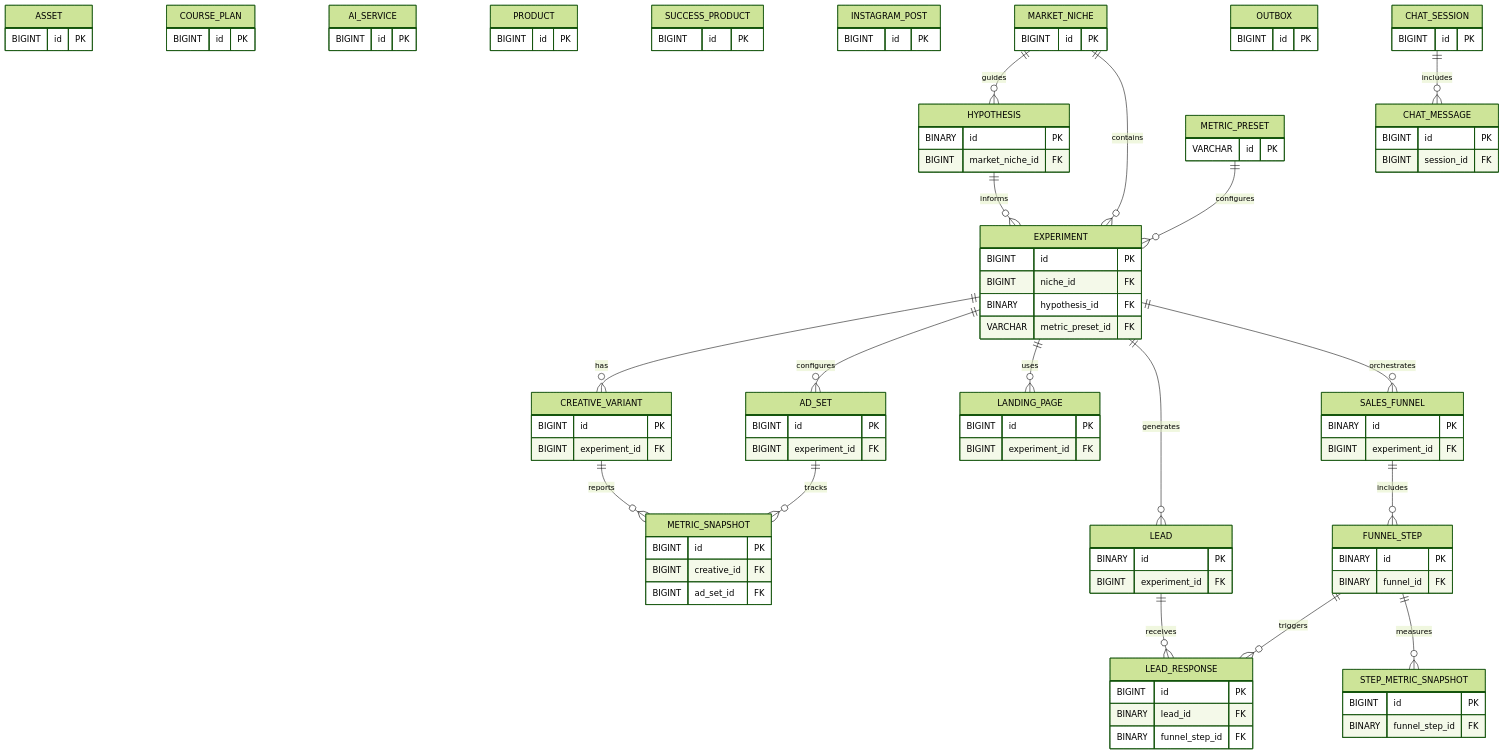
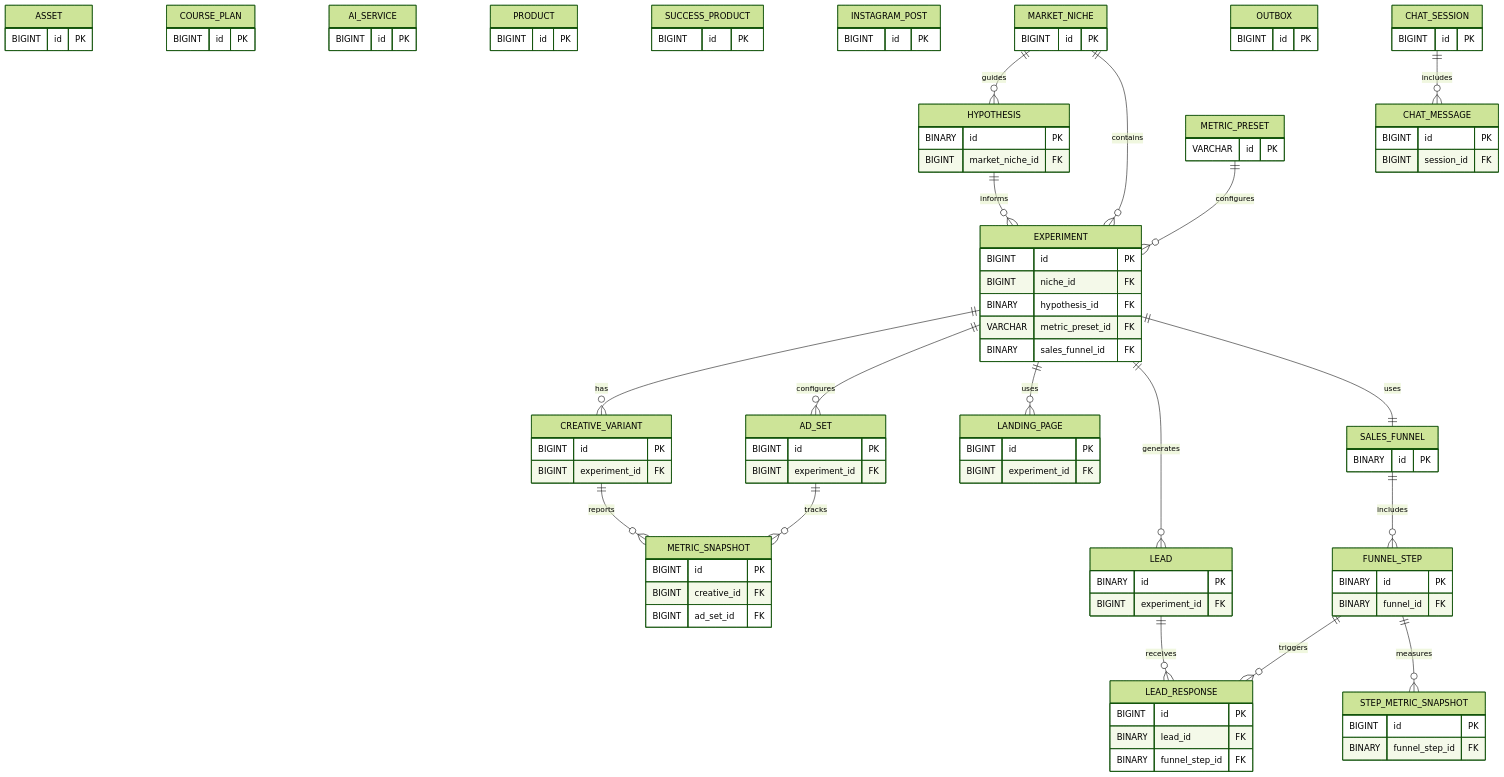
The diagram in docs/data-model.md (paulofor/marketing-hub), drawn with Mermaid (forest theme) before and after one commit. The commit also changed other lines of this file and 10 other files, not shown here.

Commit message:
refactor: link experiments to sales funnel

```diff
--- a/docs/data-model.md
+++ b/docs/data-model.md
@@ -317,6 +317,7 @@
         BIGINT niche_id FK
         BINARY hypothesis_id FK
         VARCHAR metric_preset_id FK
+        BINARY sales_funnel_id FK
     }
     CREATIVE_VARIANT {
         BIGINT id PK
@@ -351,7 +352,6 @@
     }
     SALES_FUNNEL {
         BINARY id PK
-        BIGINT experiment_id FK
     }
     FUNNEL_STEP {
         BINARY id PK
@@ -377,7 +377,7 @@
     EXPERIMENT ||--o{ AD_SET : configures
     EXPERIMENT ||--o{ LANDING_PAGE : uses
     EXPERIMENT ||--o{ LEAD : generates
-    EXPERIMENT ||--o{ SALES_FUNNEL : orchestrates
+    EXPERIMENT ||--|| SALES_FUNNEL : uses
     SALES_FUNNEL ||--o{ FUNNEL_STEP : includes
     FUNNEL_STEP ||--o{ LEAD_RESPONSE : triggers
     LEAD ||--o{ LEAD_RESPONSE : receives
```
